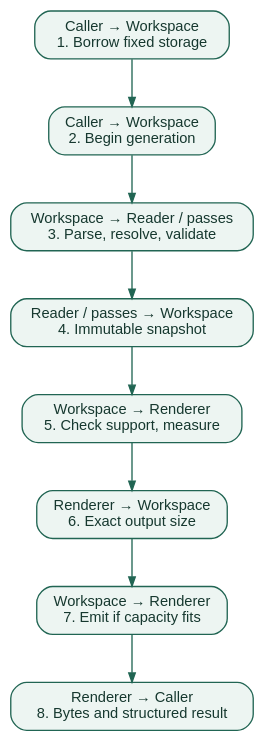
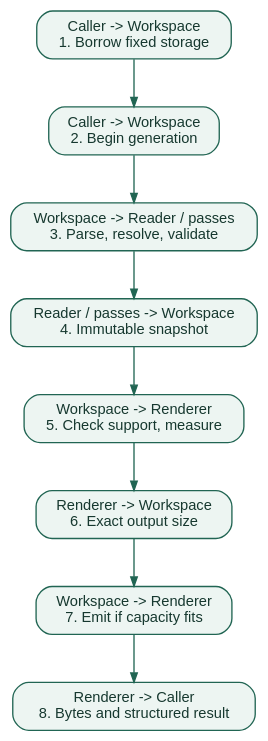
One commit to insanai/guidedog changed the second of 3 diagrams in docs/gds/records/0003-guidedoc-odin.rst. Above: the diagram before and after it, drawn with Graphviz. The commit also changed other lines of this file and 99 other files, not shown here.

```diff
--- a/docs/gds/records/0003-guidedoc-odin.rst
+++ b/docs/gds/records/0003-guidedoc-odin.rst
@@ -411,25 +411,25 @@
 .. graphviz::
    :caption: No participant requests storage from an allocator during conversion.
    :alt: No participant requests storage from an allocator during conversion.
 
    digraph design {
      graph [rankdir=TB, bgcolor="transparent", pad="0.3", nodesep="0.4"];
      node [shape=box, style="rounded,filled", fillcolor="#edf5f2",
            color="#216553", fontcolor="#16382f", fontname="Helvetica", fontsize=11];
      edge [color="#216553", arrowsize=0.7];
-     n0 [label="Caller → Workspace\n1. Borrow fixed storage"];
-     n1 [label="Caller → Workspace\n2. Begin generation"];
-     n2 [label="Workspace → Reader / passes\n3. Parse, resolve, validate"];
-     n3 [label="Reader / passes → Workspace\n4. Immutable snapshot"];
-     n4 [label="Workspace → Renderer\n5. Check support, measure"];
-     n5 [label="Renderer → Workspace\n6. Exact output size"];
-     n6 [label="Workspace → Renderer\n7. Emit if capacity fits"];
-     n7 [label="Renderer → Caller\n8. Bytes and structured result"];
+     n0 [label="Caller -> Workspace\n1. Borrow fixed storage"];
+     n1 [label="Caller -> Workspace\n2. Begin generation"];
+     n2 [label="Workspace -> Reader / passes\n3. Parse, resolve, validate"];
+     n3 [label="Reader / passes -> Workspace\n4. Immutable snapshot"];
+     n4 [label="Workspace -> Renderer\n5. Check support, measure"];
+     n5 [label="Renderer -> Workspace\n6. Exact output size"];
+     n6 [label="Workspace -> Renderer\n7. Emit if capacity fits"];
+     n7 [label="Renderer -> Caller\n8. Bytes and structured result"];
      n0 -> n1;
      n1 -> n2;
      n2 -> n3;
      n3 -> n4;
      n4 -> n5;
      n5 -> n6;
      n6 -> n7;
    }
```
